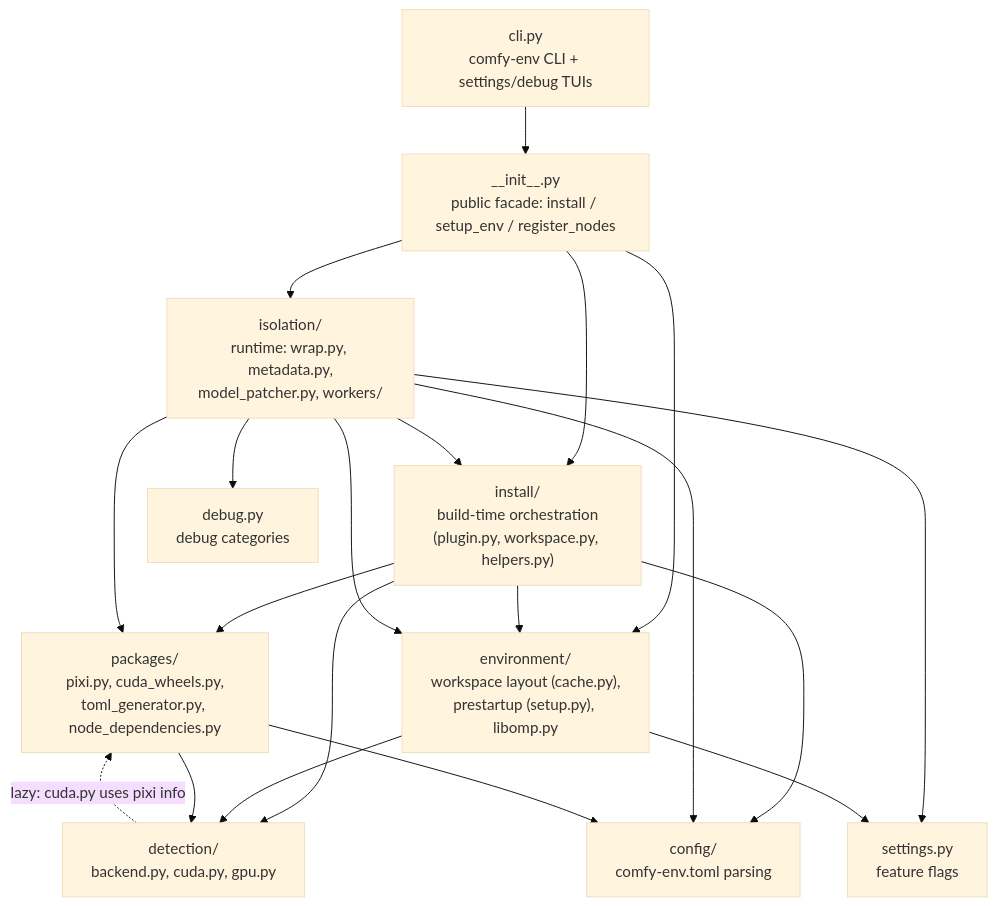
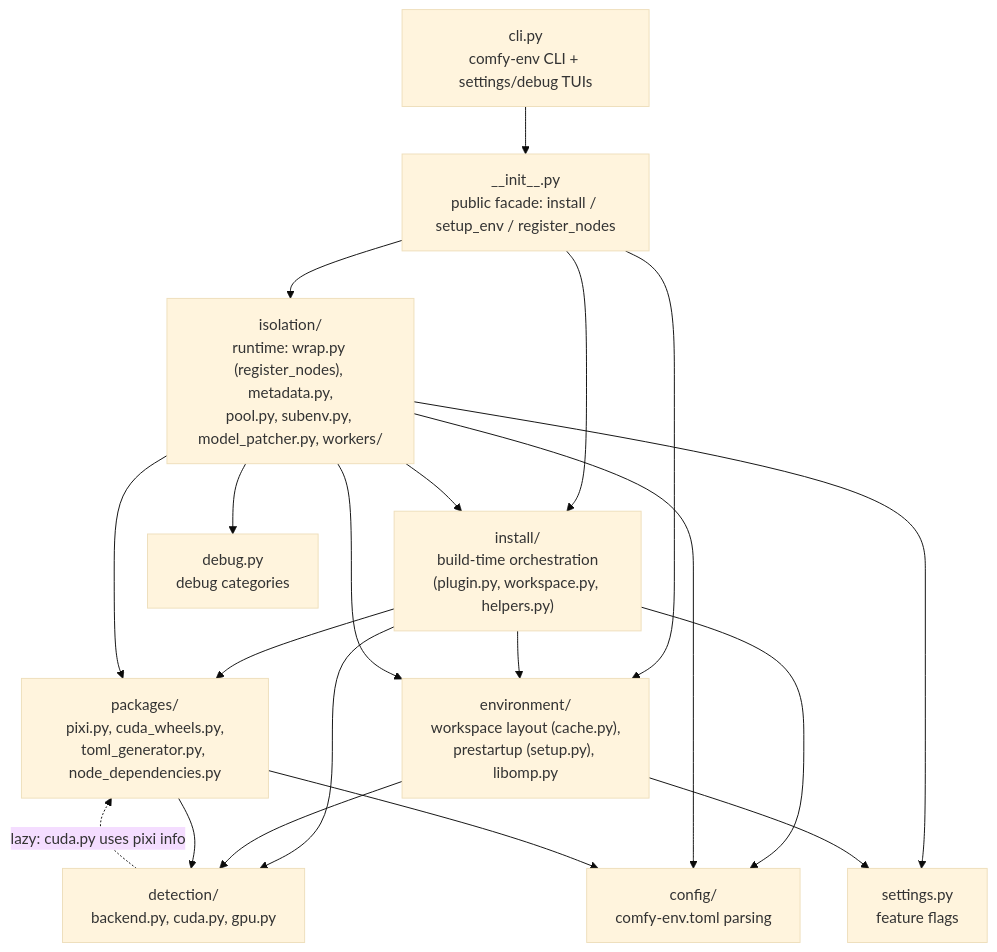
The second of 4 diagrams in docs/comfy-env/index.md (Comfy-Forge/comfy-forge-docs), drawn with Mermaid (base theme) before and after one commit. The commit also changed other lines of this file and 22 other files, not shown here.

````diff
--- a/docs/comfy-env/index.md
+++ b/docs/comfy-env/index.md
@@ -336,33 +369,33 @@
 ```mermaid
 flowchart TD
     cli["cli.py<br/>comfy-env CLI + settings/debug TUIs"]
     facade["__init__.py<br/>public facade: install / setup_env / register_nodes"]
     install["install/<br/>build-time orchestration<br/>(plugin.py, workspace.py, helpers.py)"]
-    isolation["isolation/<br/>runtime: wrap.py, metadata.py,<br/>model_patcher.py, workers/"]
+    isolation["isolation/<br/>runtime: wrap.py (register_nodes), metadata.py,<br/>pool.py, subenv.py, model_patcher.py, workers/"]
     environment["environment/<br/>workspace layout (cache.py),<br/>prestartup (setup.py), libomp.py"]
     packages["packages/<br/>pixi.py, cuda_wheels.py,<br/>toml_generator.py, node_dependencies.py"]
     detection["detection/<br/>backend.py, cuda.py, gpu.py"]
     config["config/<br/>comfy-env.toml parsing"]
     settings["settings.py<br/>feature flags"]
     debug["debug.py<br/>debug categories"]
 
     cli --> facade
     facade --> install
     facade --> isolation
     facade --> environment
     install --> packages
     install --> environment
     install --> detection
     install --> config
     isolation --> environment
     isolation --> packages
     isolation --> install
     isolation --> config
     isolation --> settings
     isolation --> debug
     environment --> detection
     environment --> settings
     packages --> detection
     packages --> config
     detection -.->|"lazy: cuda.py uses pixi info"| packages
 ```
````
